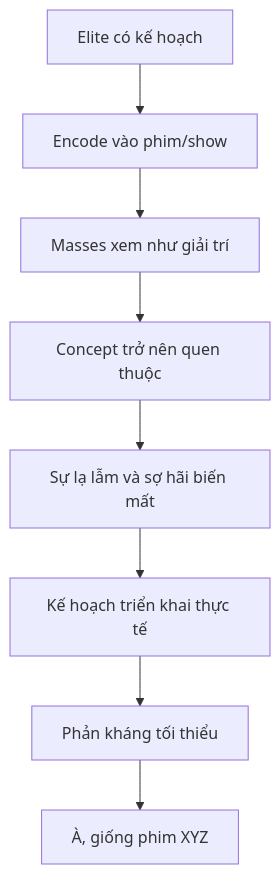
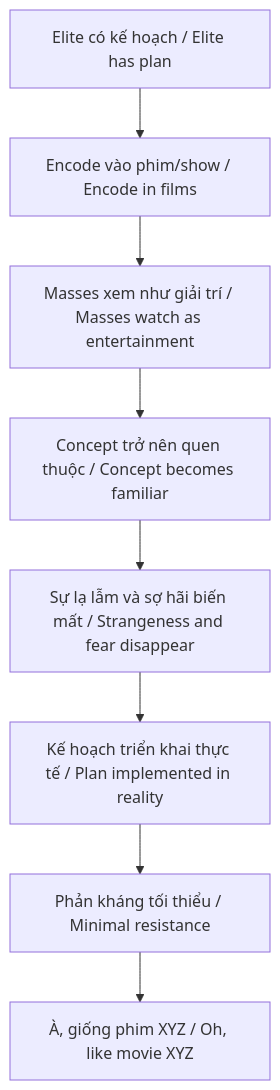
Before and after one commit to dyukahi/knowledge: the second of 3 diagrams in esoterica/Hollywood - Cây Đũa Phép Của Phù Thủy.md, drawn with Mermaid. The commit also changed other lines of this file and 3 other files, not shown here.

````diff
--- a/esoterica/Hollywood - Cây Đũa Phép Của Phù Thủy.md
+++ b/esoterica/Hollywood - Cây Đũa Phép Của Phù Thủy.md
@@ -70,10 +78,10 @@
 ```mermaid
 flowchart TD
-    A[Elite có kế hoạch] --> B[Encode vào phim/show]
-    B --> C[Masses xem như giải trí]
-    C --> D[Concept trở nên quen thuộc]
-    D --> E[Sự lạ lẫm và sợ hãi biến mất]
-    E --> F[Kế hoạch triển khai thực tế]
-    F --> G[Phản kháng tối thiểu]
-    G --> H[À, giống phim XYZ]
+    A[Elite có kế hoạch / Elite has plan] --> B[Encode vào phim/show / Encode in films]
+    B --> C[Masses xem như giải trí / Masses watch as entertainment]
+    C --> D[Concept trở nên quen thuộc / Concept becomes familiar]
+    D --> E[Sự lạ lẫm và sợ hãi biến mất / Strangeness and fear disappear]
+    E --> F[Kế hoạch triển khai thực tế / Plan implemented in reality]
+    F --> G[Phản kháng tối thiểu / Minimal resistance]
+    G --> H[À, giống phim XYZ / Oh, like movie XYZ]
 ```
````
